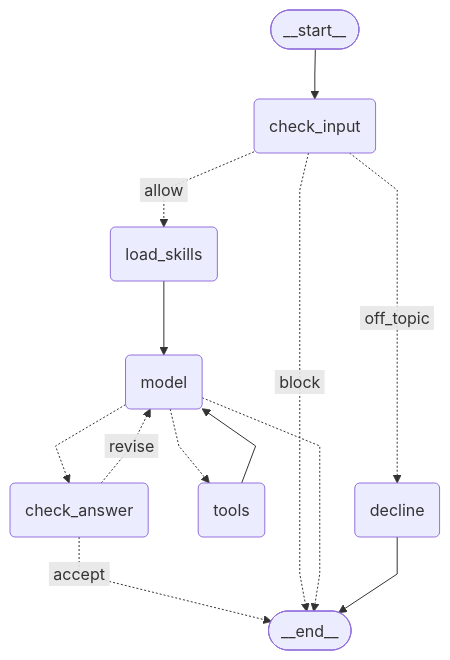
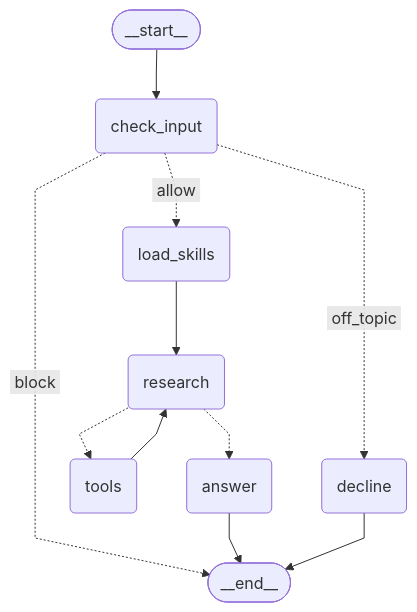
The diagram in docs/diagrams/agent-graph.md (hadifar/rag), drawn with Mermaid before and after one commit. The commit also changed other lines of this file and 16 other files, not shown here.

Commit message:
refactor(backend): split the agent into research and answer nodes

````diff
--- a/docs/diagrams/agent-graph.md
+++ b/docs/diagrams/agent-graph.md
@@ -5,28 +5,26 @@
 ```mermaid
 ---
 config:
   flowchart:
     curve: linear
 ---
 graph TD;
 	__start__([<p>__start__</p>]):::first
 	check_input(check_input)
 	load_skills(load_skills)
-	model(model)
 	decline(decline)
+	research(research)
 	tools(tools)
-	check_answer(check_answer)
+	answer(answer)
 	__end__([<p>__end__</p>]):::last
 	__start__ --> check_input;
-	check_answer -. &nbsp;accept&nbsp; .-> __end__;
-	check_answer -. &nbsp;revise&nbsp; .-> model;
 	check_input -. &nbsp;block&nbsp; .-> __end__;
 	check_input -. &nbsp;off_topic&nbsp; .-> decline;
 	check_input -. &nbsp;allow&nbsp; .-> load_skills;
-	load_skills --> model;
-	model -.-> __end__;
-	model -.-> check_answer;
-	model -.-> tools;
-	tools --> model;
+	load_skills --> research;
+	research -.-> answer;
+	research -.-> tools;
+	tools --> research;
+	answer --> __end__;
 	decline --> __end__;
 ```
````
